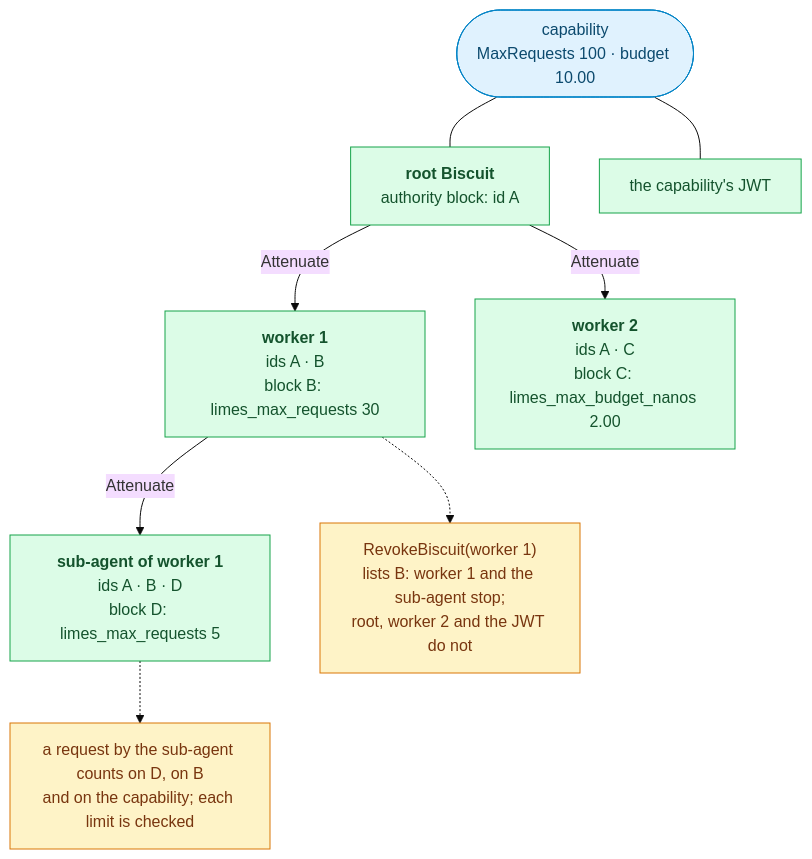
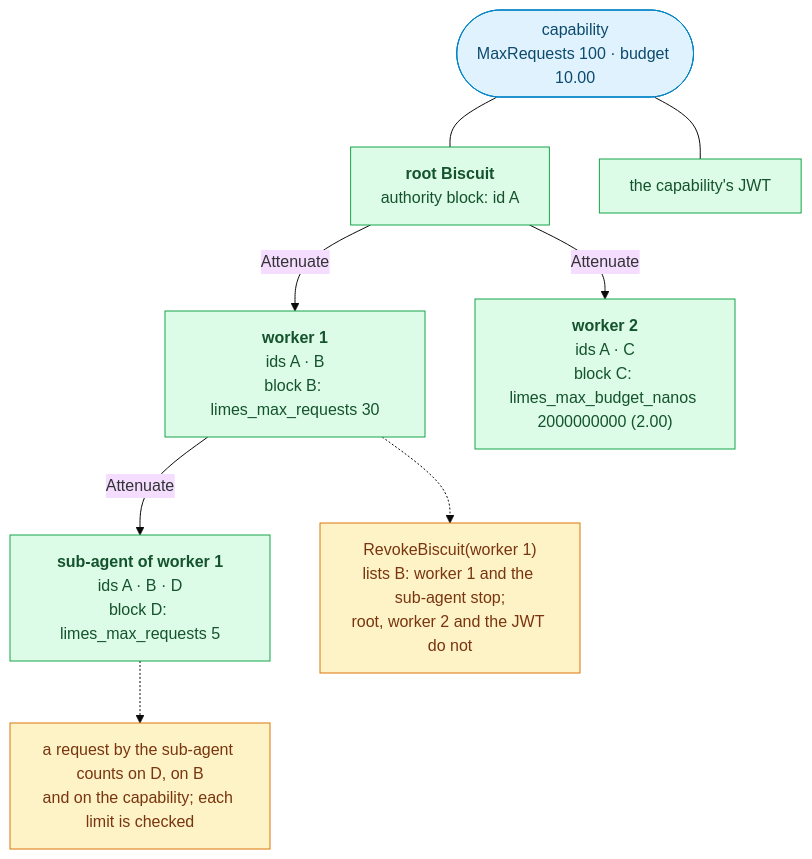
One commit to oleg-tkachuk/limes changed the ninth of 11 diagrams in docs/diagrams.md. Above: the diagram before and after it, drawn with Mermaid (base theme). The commit also changed other lines of this file, not shown here.

First line of the commit message:
docs(diagrams): put the 503 row first and correct the cache, key and budget edges

````diff
--- a/docs/diagrams.md
+++ b/docs/diagrams.md
@@ -507,29 +510,29 @@
 ```mermaid
 flowchart TB
     cap(["capability<br/>MaxRequests 100 · budget 10.00"])
     root["<b>root Biscuit</b><br/>authority block: id A"]
     w1["<b>worker 1</b><br/>ids A · B<br/>block B: limes_max_requests 30"]
-    w2["<b>worker 2</b><br/>ids A · C<br/>block C: limes_max_budget_nanos 2.00"]
+    w2["<b>worker 2</b><br/>ids A · C<br/>block C: limes_max_budget_nanos 2000000000 (2.00)"]
     sub["<b>sub-agent of worker 1</b><br/>ids A · B · D<br/>block D: limes_max_requests 5"]
     jwt["the capability's JWT"]
 
     cap --- root
     cap --- jwt
     root -- "Attenuate" --> w1
     root -- "Attenuate" --> w2
     w1 -- "Attenuate" --> sub
 
     revB["RevokeBiscuit(worker 1)<br/>lists B: worker 1 and the sub-agent stop;<br/>root, worker 2 and the JWT do not"]
     cntD["a request by the sub-agent counts on D, on B<br/>and on the capability; each limit is checked"]
 
     w1 -.-> revB
     sub -.-> cntD
 
     classDef client fill:#E0F2FE,stroke:#0284C7,color:#0C4A6E
     classDef role fill:#DCFCE7,stroke:#16A34A,color:#14532D
     classDef optional fill:#F1F5F9,stroke:#64748B,color:#334155,stroke-dasharray:5 4
     classDef store fill:#FEF3C7,stroke:#D97706,color:#78350F
     class cap client
     class root,w1,w2,sub,jwt role
     class revB,cntD store
 ```
````
